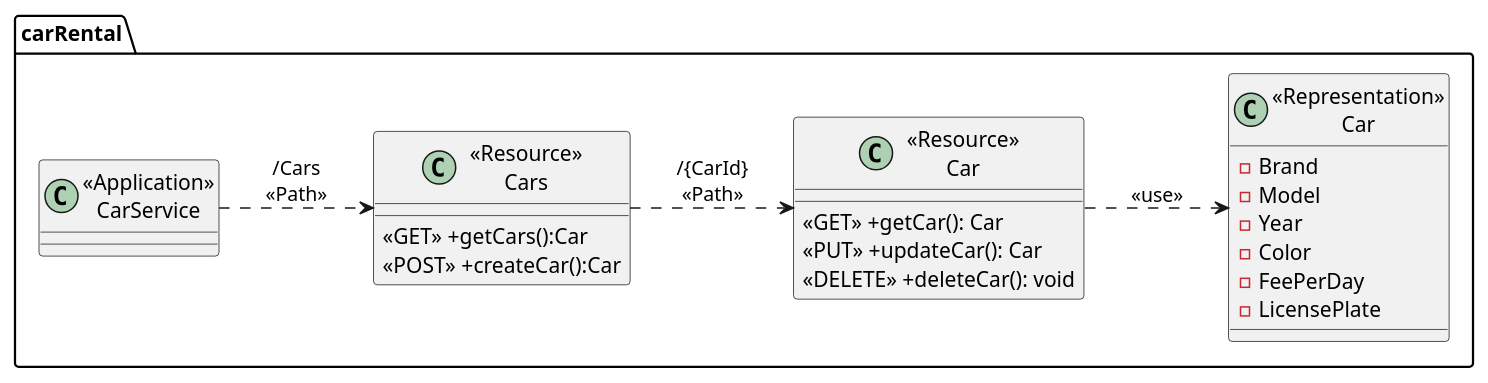
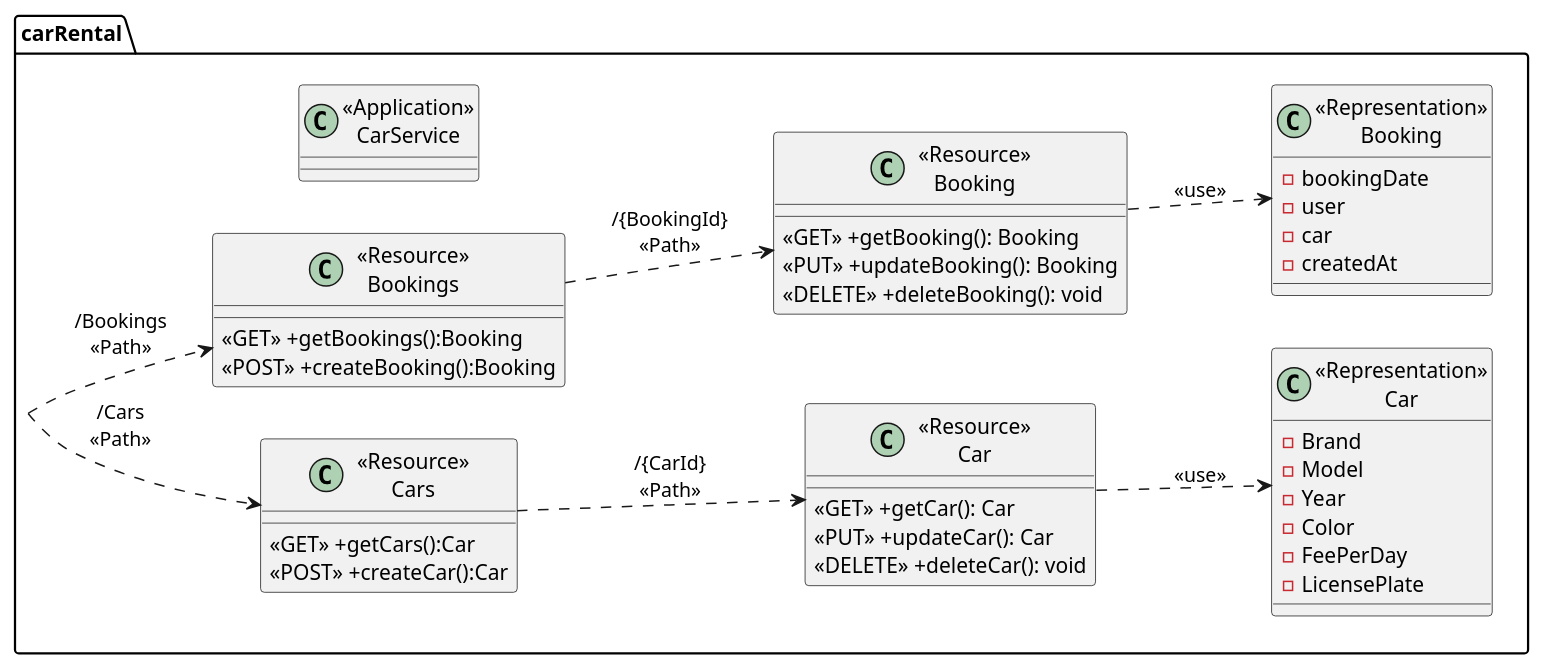
Before and after one commit to 2110503TACEDT66/presentation-day-1-kangaroo: the diagram in ClassDiagram.puml, drawn with PlantUML. The commit also changed 8 other files, not shown here.

```diff
--- a/ClassDiagram.puml
+++ b/ClassDiagram.puml
@@ -1,32 +1,58 @@
 @startuml 
 left to right direction
 package "carRental"{
-    class "<<Application>>\nCarService" as CarService{}
+    class "<<Application>>\nCarService" as carRental{}
 
     class "<<Resource>>\nCars" as ResourceCars{
         <<GET>> +getCars():Car
         <<POST>> +createCar():Car
     }
 
     class "<<Resource>>\nCar" as ResourceCar {
         <<GET>> +getCar(): Car
         <<PUT>> +updateCar(): Car
         <<DELETE>> +deleteCar(): void
     }
 
     class "<<Representation>>\nCar" as RepresentationCar {
         -Brand
         -Model
         -Year
         -Color
         -FeePerDay
         -LicensePlate
     }
 
+    '________
+
+
+
+    class "<<Resource>>\nBookings" as ResourceBookings{
+        <<GET>> +getBookings():Booking
+        <<POST>> +createBooking():Booking
+    }
+
+    class "<<Resource>>\nBooking" as ResourceBooking {
+        <<GET>> +getBooking(): Booking
+        <<PUT>> +updateBooking(): Booking
+        <<DELETE>> +deleteBooking(): void
+    }
+
+    class "<<Representation>>\nBooking" as RepresentationBooking {
+        -bookingDate
+        -user
+        -car
+        -createdAt
+
+    }
+
 }
 
-CarService ..> ResourceCars:"/Cars\n<<Path>>"
+carRental ..> ResourceCars:"/Cars\n<<Path>>"
 ResourceCars ..> ResourceCar: "/{CarId}\n<<Path>>"
 ResourceCar ..> RepresentationCar: "<<use>>"
 
+carRental ..> ResourceBookings:"/Bookings\n<<Path>>"
+ResourceBookings ..> ResourceBooking: "/{BookingId}\n<<Path>>"
+ResourceBooking ..> RepresentationBooking: "<<use>>"
 @enduml
```
